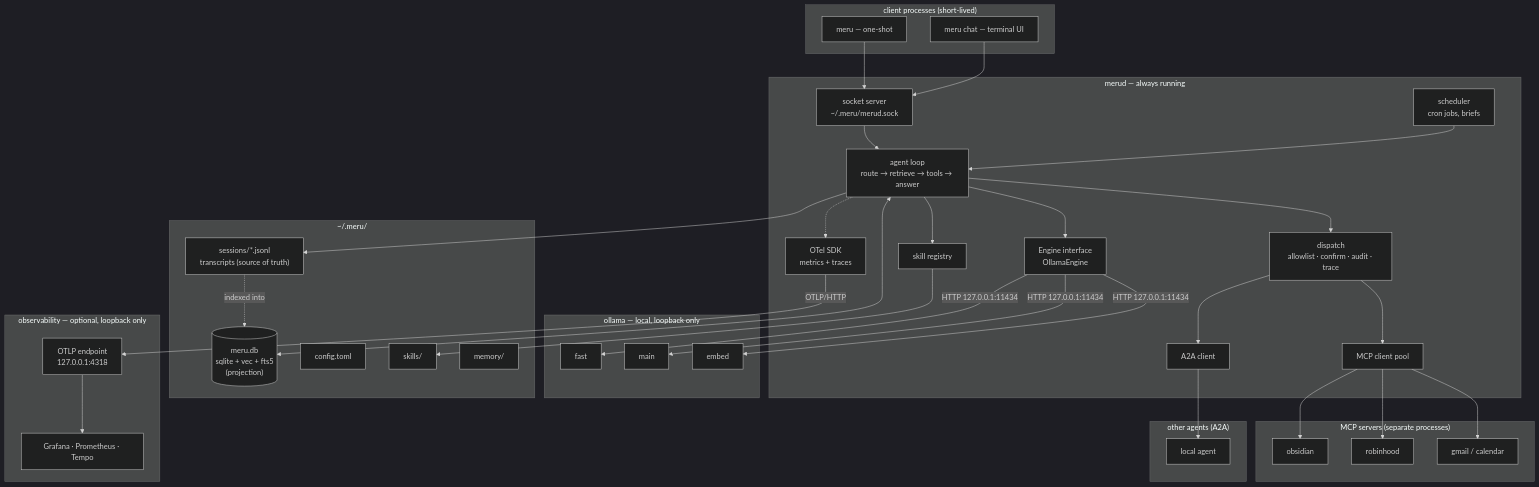
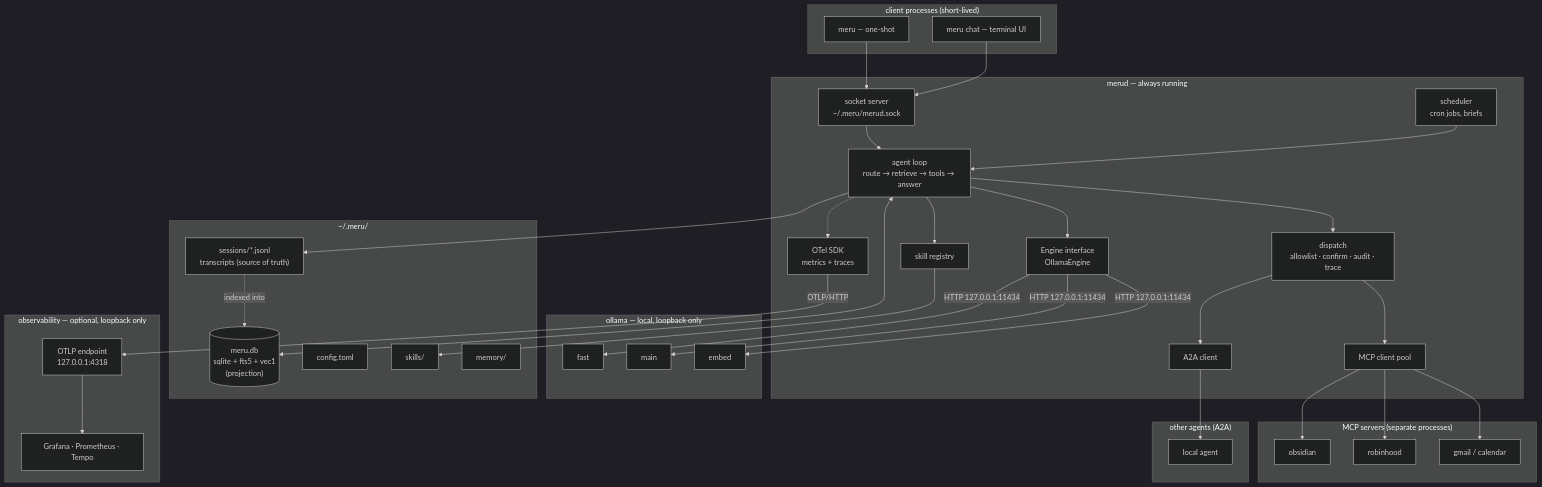
The first of 5 diagrams in ARCHITECTURE.md (aarora79/meru), drawn with Mermaid (dark theme) before and after one commit. The commit also changed other lines of this file and 20 other files, not shown here.

````diff
--- a/ARCHITECTURE.md
+++ b/ARCHITECTURE.md
@@ -132,67 +133,67 @@
 ```mermaid
 flowchart TB
     subgraph client["client processes (short-lived)"]
         CLI["meru — one-shot"]
         TUI["meru chat — terminal UI"]
     end
 
     subgraph daemon["merud — always running"]
         RPC["socket server<br/>~/.meru/merud.sock"]
         LOOP["agent loop<br/>route → retrieve → tools → answer"]
         SCHED["scheduler<br/>cron jobs, briefs"]
         EP["Engine interface<br/>OllamaEngine"]
         DISP["dispatch<br/>allowlist · confirm · audit · trace"]
         MCPC["MCP client pool"]
         A2AC["A2A client"]
         SKILLS["skill registry"]
         OTEL["OTel SDK<br/>metrics + traces"]
     end
 
     subgraph ollama["ollama — local, loopback only"]
         FAST["fast"]
         MAIN["main"]
         EMB["embed"]
     end
 
     subgraph store["~/.meru/"]
         SESS["sessions/*.jsonl<br/>transcripts (source of truth)"]
-        DB[("meru.db<br/>sqlite + vec + fts5<br/>(projection)")]
+        DB[("meru.db<br/>sqlite + fts5 + vec1<br/>(projection)")]
         CFG["config.toml"]
         SKD["skills/"]
         MEMD["memory/"]
     end
 
     subgraph ext["MCP servers (separate processes)"]
         S1["obsidian"]
         S2["robinhood"]
         S3["gmail / calendar"]
     end
 
     subgraph agents["other agents (A2A)"]
         AG1["local agent"]
     end
 
     subgraph obs["observability — optional, loopback only"]
         COL["OTLP endpoint<br/>127.0.0.1:4318"]
         GRAF["Grafana · Prometheus · Tempo"]
     end
 
     CLI --> RPC
     TUI --> RPC
     RPC --> LOOP
     SCHED --> LOOP
     LOOP --> EP
     EP -- "HTTP 127.0.0.1:11434" --> FAST & MAIN & EMB
     LOOP --> DISP
     DISP --> MCPC & A2AC
     MCPC --> S1 & S2 & S3
     A2AC --> AG1
     LOOP --> SKILLS
     SKILLS --> SKD
     LOOP --> SESS
     SESS -. "indexed into" .-> DB
     LOOP <--> DB
     LOOP -.-> OTEL
     OTEL -- "OTLP/HTTP" --> COL
     COL --> GRAF
 ```
````
